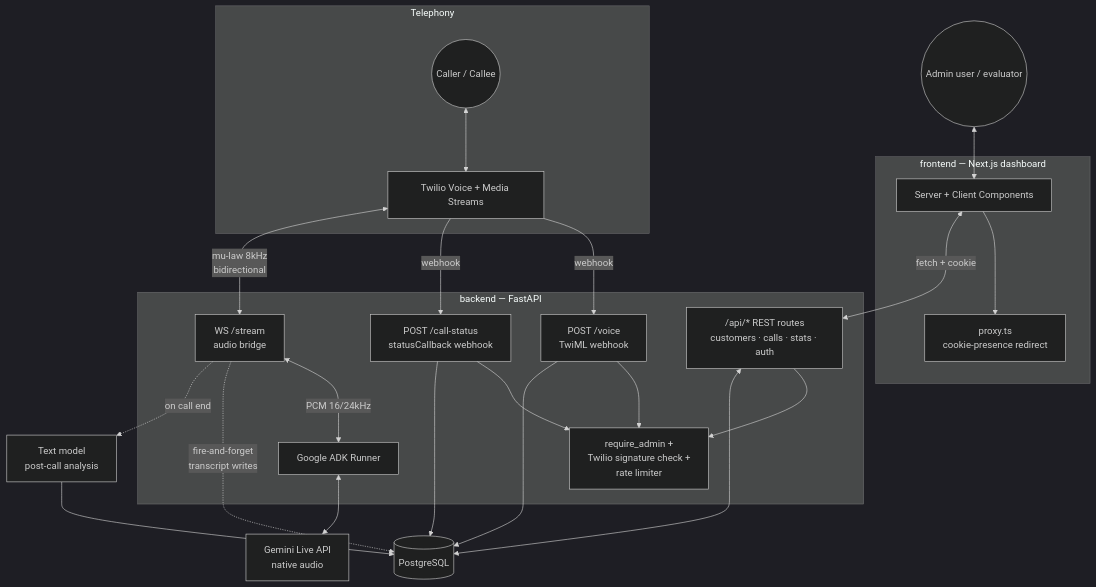
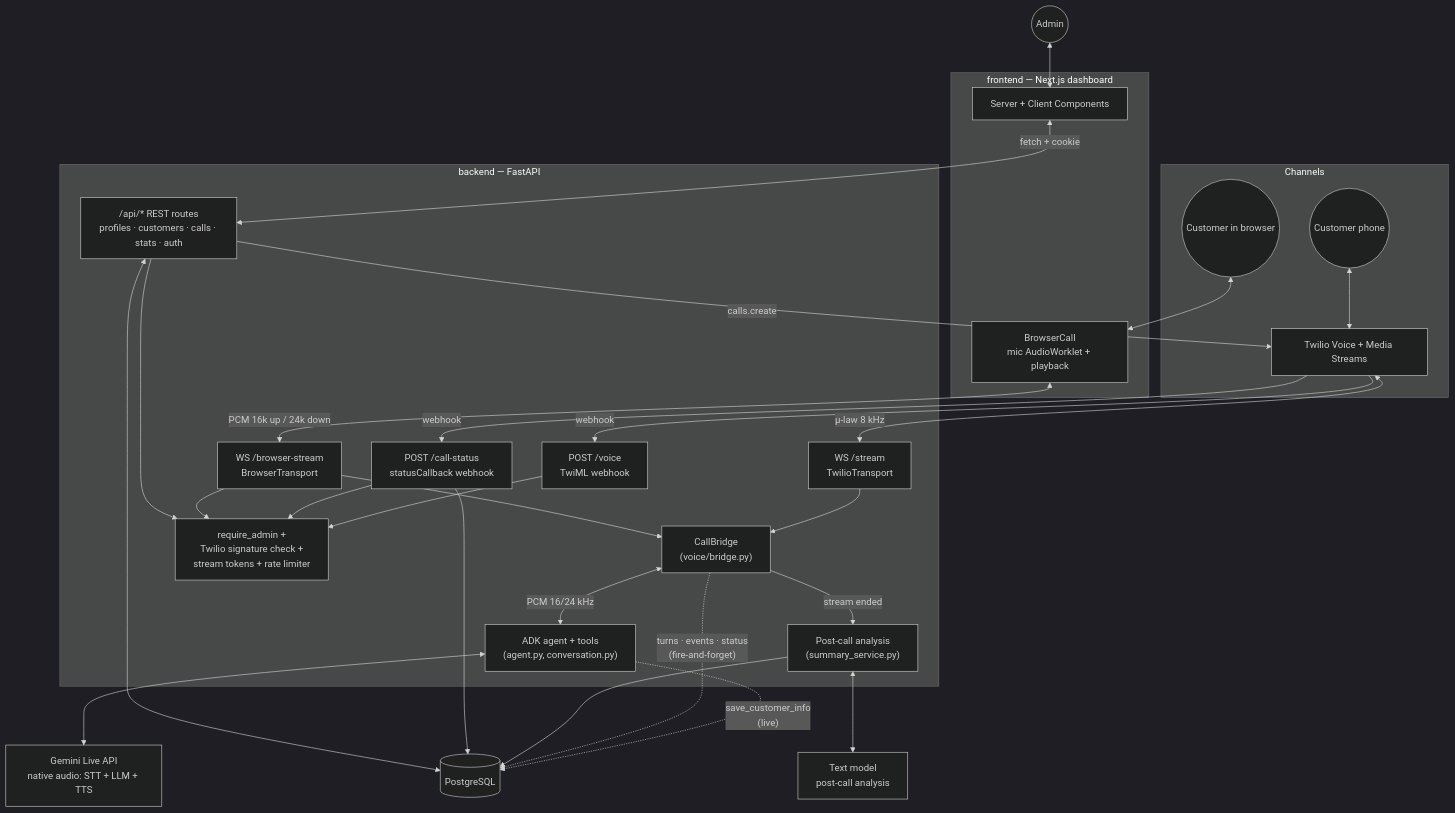
The first of 2 diagrams in ARCHITECTURE.md (tanmayfulzele2003-star/RO-Voice), drawn with Mermaid (dark theme) before and after one commit. The commit also changed other lines of this file and 40 other files, not shown here.

````diff
--- a/ARCHITECTURE.md
+++ b/ARCHITECTURE.md
@@ -8,48 +8,57 @@
 ```mermaid
 flowchart TB
-    subgraph Telephony
-        Caller((Caller / Callee))
+    subgraph Channels
+        Caller((Customer phone))
+        Mic((Customer in browser))
         Twilio[Twilio Voice + Media Streams]
     end
 
     subgraph Backend["backend — FastAPI"]
         Voice["POST /voice\nTwiML webhook"]
         Status["POST /call-status\nstatusCallback webhook"]
-        Stream["WS /stream\naudio bridge"]
-        API["/api/* REST routes\ncustomers · calls · stats · auth"]
-        ADK[Google ADK Runner]
-        Sec[require_admin +\nTwilio signature check +\nrate limiter]
+        Stream["WS /stream\nTwilioTransport"]
+        BStream["WS /browser-stream\nBrowserTransport"]
+        Bridge["CallBridge\n(voice/bridge.py)"]
+        Agent["ADK agent + tools\n(agent.py, conversation.py)"]
+        API["/api/* REST routes\nprofiles · customers · calls · stats · auth"]
+        Post["Post-call analysis\n(summary_service.py)"]
+        Sec[require_admin +\nTwilio signature check +\nstream tokens + rate limiter]
     end
 
-    Gemini[Gemini Live API\nnative audio]
+    Gemini[Gemini Live API\nnative audio: STT + LLM + TTS]
     SummaryModel[Text model\npost-call analysis]
     DB[(PostgreSQL)]
 
     subgraph Frontend["frontend — Next.js dashboard"]
         UI[Server + Client Components]
-        Proxy[proxy.ts\ncookie-presence redirect]
+        BC[BrowserCall\nmic AudioWorklet + playback]
     end
 
-    Admin((Admin user / evaluator))
+    Admin((Admin))
 
     Caller <--> Twilio
-    Twilio -- "webhook" --> Voice
-    Twilio -- "webhook" --> Status
-    Twilio <-- "mu-law 8kHz\nbidirectional" --> Stream
-    Stream <-- "PCM 16/24kHz" --> ADK
-    ADK <--> Gemini
+    Twilio -- webhook --> Voice
+    Twilio -- webhook --> Status
+    Twilio <-- "μ-law 8 kHz" --> Stream
+    Mic <--> BC
+    BC <-- "PCM 16k up / 24k down" --> BStream
+    Stream --> Bridge
+    BStream --> Bridge
+    Bridge <-- "PCM 16/24 kHz" --> Agent
+    Agent <--> Gemini
+    Agent -. "save_customer_info\n(live)" .-> DB
+    Bridge -. "turns · events · status\n(fire-and-forget)" .-> DB
+    Bridge -- "stream ended" --> Post
+    Post <--> SummaryModel
+    Post --> DB
     Voice --> Sec
     Status --> Sec
-    Stream -.->|"fire-and-forget\ntranscript writes"| DB
+    BStream --> Sec
     Status --> DB
-    Voice --> DB
-
-    Stream -.->|"on call end"| SummaryModel
-    SummaryModel --> DB
 
     Admin <--> UI
-    UI --> Proxy
     UI <-- "fetch + cookie" --> API
     API --> Sec
     API <--> DB
+    API -- "calls.create" --> Twilio
 ```
````
